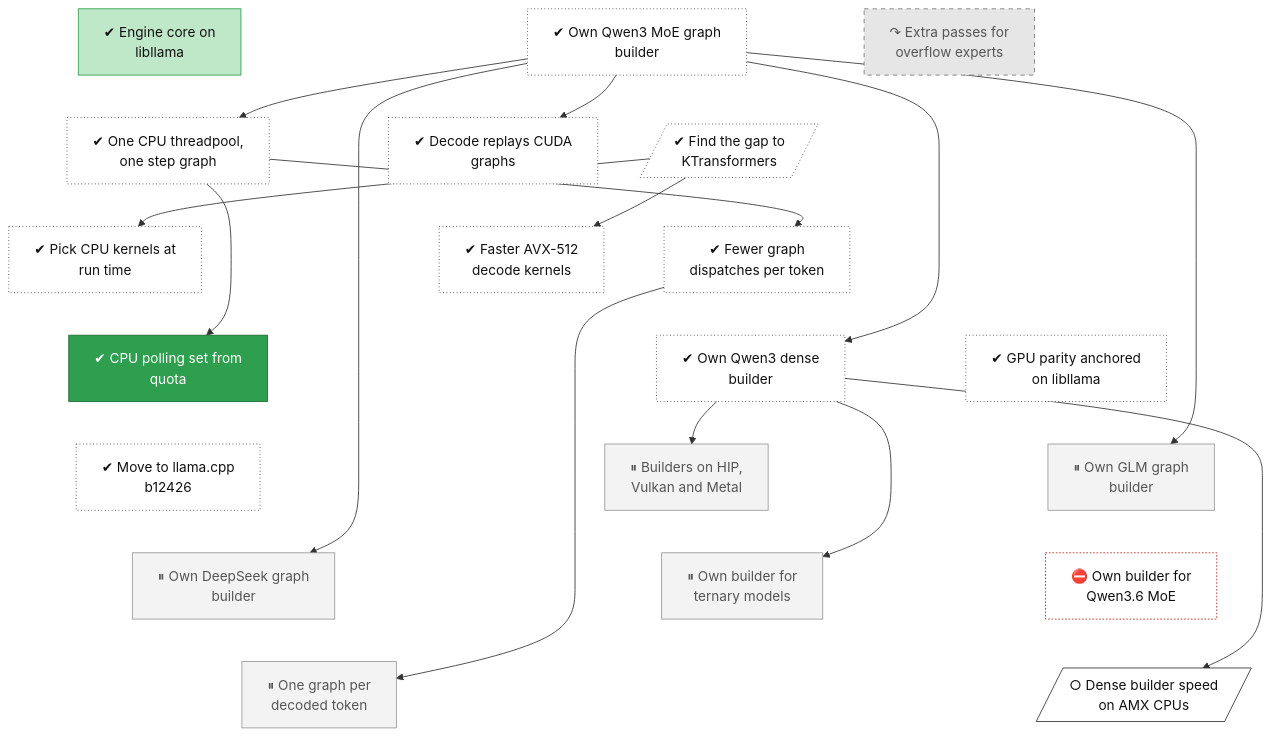
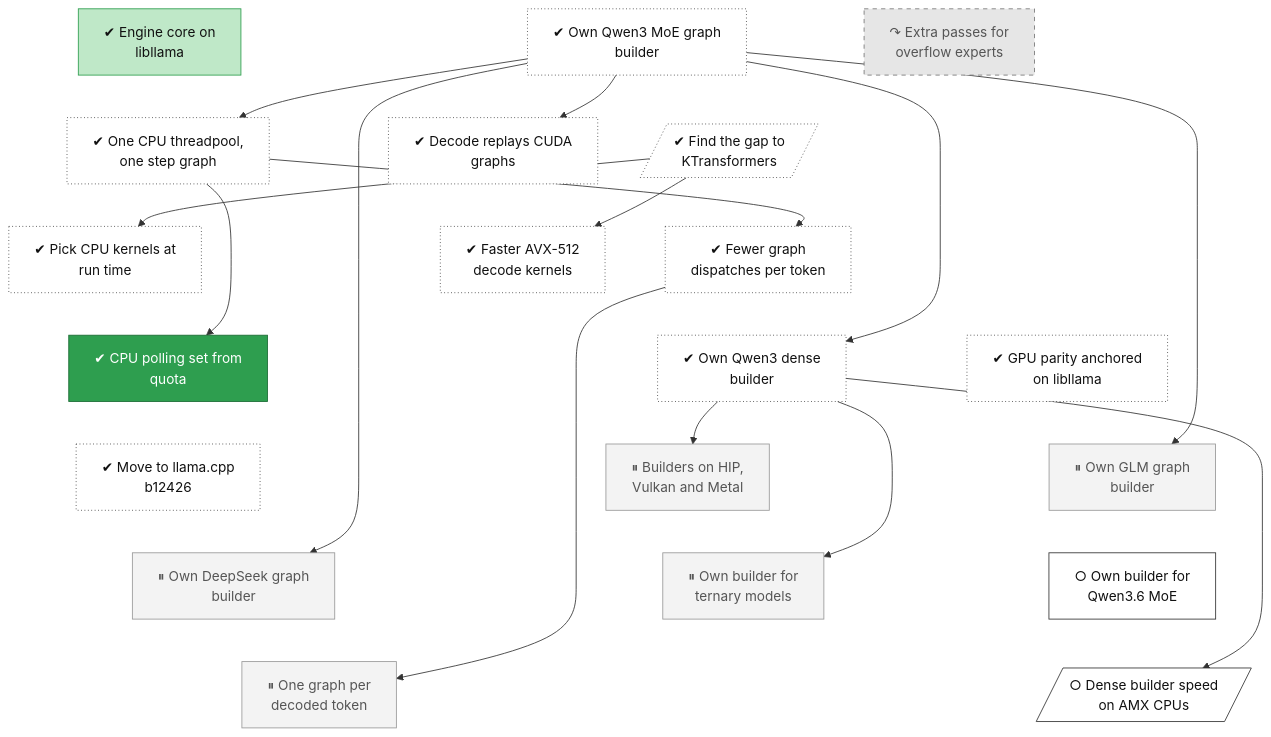
Before and after one commit to lhns/tetraeder: the diagram in docs/roadmap/tracks/engine.md, drawn with Mermaid. The commit also changed other lines of this file and 149 other files, not shown here.

````diff
--- a/docs/roadmap/tracks/engine.md
+++ b/docs/roadmap/tracks/engine.md
@@ -10,75 +10,74 @@
 ```mermaid
 flowchart TB
     engine_libllama["✔ Engine core on<br/>libllama"]
     engine_moe_builder["✔ Own Qwen3 MoE graph<br/>builder"]
     engine_overflow_passes["↷ Extra passes for<br/>overflow experts"]
     engine_cpu_threadpool["✔ One CPU threadpool,<br/>one step graph"]
     engine_cuda_graphs["✔ Decode replays CUDA<br/>graphs"]
     engine_kt_gap[/"✔ Find the gap to<br/>KTransformers"/]
     engine_isa_dispatch["✔ Pick CPU kernels at<br/>run time"]
     engine_iqk_kernels["✔ Faster AVX-512<br/>decode kernels"]
     engine_decode_dispatch["✔ Fewer graph<br/>dispatches per token"]
     engine_cpu_poll["✔ CPU polling set from<br/>quota"]
     engine_dense_builder["✔ Own Qwen3 dense<br/>builder"]
     engine_gpu_tolerance["✔ GPU parity anchored<br/>on libllama"]
     engine_pin_b12426["✔ Move to llama.cpp<br/>b12426"]
     engine_backend_parity["⏸ Builders on HIP,<br/>Vulkan and Metal"]
     engine_glm_builder["⏸ Own GLM graph<br/>builder"]
     engine_deepseek_builder["⏸ Own DeepSeek graph<br/>builder"]
     engine_bitnet_builder["⏸ Own builder for<br/>ternary models"]
-    engine_qwen35moe_builder["⛔ Own builder for<br/>Qwen3.6 MoE"]
+    engine_qwen35moe_builder["○ Own builder for<br/>Qwen3.6 MoE"]
     engine_one_graph_per_token["⏸ One graph per<br/>decoded token"]
     engine_dense_amx[/"○ Dense builder speed<br/>on AMX CPUs"/]
     engine_libllama ~~~ engine_cpu_threadpool
     engine_moe_builder ~~~ engine_cuda_graphs
     engine_overflow_passes ~~~ engine_kt_gap
     engine_cpu_threadpool ~~~ engine_isa_dispatch
     engine_cuda_graphs ~~~ engine_iqk_kernels
     engine_kt_gap ~~~ engine_decode_dispatch
     engine_isa_dispatch ~~~ engine_cpu_poll
     engine_iqk_kernels ~~~ engine_dense_builder
     engine_decode_dispatch ~~~ engine_gpu_tolerance
     engine_cpu_poll ~~~ engine_pin_b12426
     engine_dense_builder ~~~ engine_backend_parity
     engine_gpu_tolerance ~~~ engine_glm_builder
     engine_pin_b12426 ~~~ engine_deepseek_builder
     engine_backend_parity ~~~ engine_bitnet_builder
     engine_glm_builder ~~~ engine_qwen35moe_builder
     engine_deepseek_builder ~~~ engine_one_graph_per_token
     engine_bitnet_builder ~~~ engine_dense_amx
     engine_qwen35moe_builder ~~~ engine_dense_amx
     engine_moe_builder --> engine_cpu_threadpool
     engine_moe_builder --> engine_cuda_graphs
     engine_kt_gap --> engine_isa_dispatch
     engine_kt_gap --> engine_iqk_kernels
     engine_cpu_threadpool --> engine_decode_dispatch
     engine_cpu_threadpool --> engine_cpu_poll
     engine_moe_builder --> engine_dense_builder
     engine_dense_builder --> engine_backend_parity
     engine_moe_builder --> engine_glm_builder
     engine_moe_builder --> engine_deepseek_builder
     engine_dense_builder --> engine_bitnet_builder
     engine_decode_dispatch --> engine_one_graph_per_token
     engine_dense_builder --> engine_dense_amx
     classDef vsucc fill:#2e9e4f,stroke:#1b6b34,color:#fff
     classDef succ fill:#bfe8c8,stroke:#2e9e4f,color:#111
     classDef mixed fill:#ffd37a,stroke:#c98a00,color:#111
     classDef bad fill:#f28b82,stroke:#b3261e,color:#111
     classDef dead fill:#e6e6e6,stroke:#777,stroke-dasharray:5 5,color:#555
     classDef inprog fill:#a8cdf5,stroke:#1f6fc5,color:#111
     classDef next fill:#fff,stroke:#333,color:#111
     classDef blocked fill:#fff,stroke:#b3261e,stroke-dasharray:2 2,color:#111
     classDef parked fill:#f3f3f3,stroke:#999,color:#555
     classDef unrated fill:#fff,stroke:#333,stroke-dasharray:1 3,color:#111
     classDef gate fill:#d9c2f0,stroke:#7b3fb5,color:#111
     classDef decided fill:#ece0f7,stroke:#7b3fb5,stroke-dasharray:2 2,color:#111
     classDef finding fill:#ffe0b2,stroke:#d84315,stroke-width:2px,color:#111
     classDef waiting fill:#e3f2fd,stroke:#1f6fc5,stroke-dasharray:5 5,color:#111
     class engine_libllama succ
     class engine_moe_builder,engine_cpu_threadpool,engine_cuda_graphs,engine_kt_gap,engine_isa_dispatch,engine_iqk_kernels,engine_decode_dispatch,engine_dense_builder,engine_gpu_tolerance,engine_pin_b12426 unrated
     class engine_overflow_passes dead
     class engine_cpu_poll vsucc
     class engine_backend_parity,engine_glm_builder,engine_deepseek_builder,engine_bitnet_builder,engine_one_graph_per_token parked
-    class engine_qwen35moe_builder blocked
-    class engine_dense_amx next
+    class engine_qwen35moe_builder,engine_dense_amx next
 ```
````
